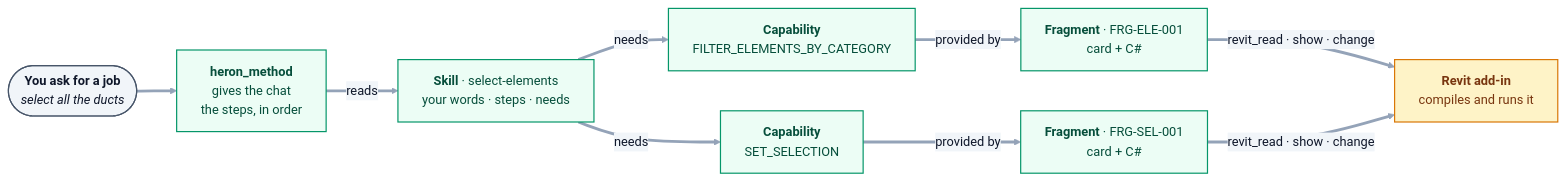
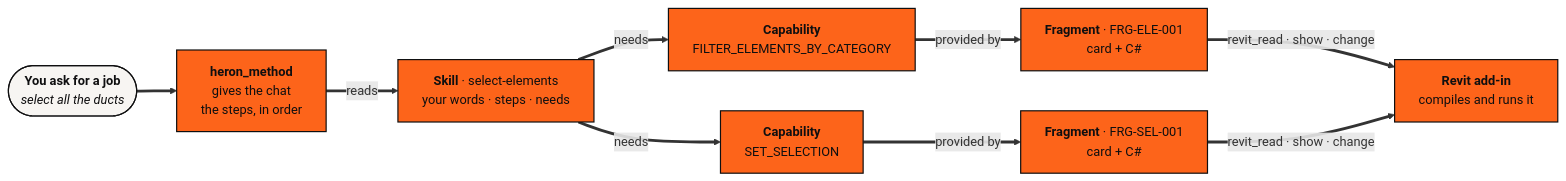
One commit to Ajmalpshaik/Heron-AI changed the first of 2 diagrams in docs/09-skills-and-fragments.md. Above: the diagram before and after it, drawn with Mermaid. The commit also changed other lines of this file and 44 other files, not shown here.

First line of the commit message:
Diagrams in the other docs move to the brand palette (D-149, #1116)

````diff
--- a/docs/09-skills-and-fragments.md
+++ b/docs/09-skills-and-fragments.md
@@ -39,25 +39,24 @@
 ```mermaid
-%%{init: {"themeVariables": {"edgeLabelBackground":"#F1F5F9","lineColor":"#94A3B8","textColor":"#0F172A","tertiaryTextColor":"#0F172A"}}}%%
 flowchart LR
     U(["<b>You ask for a job</b><br/><i>select all the ducts</i>"])
     HM["<b>heron_method</b><br/>gives the chat<br/>the steps, in order"]
     SK["<b>Skill</b> · select-elements<br/>your words · steps · needs"]
     C1["<b>Capability</b><br/>FILTER_ELEMENTS_BY_CATEGORY"]
     C2["<b>Capability</b><br/>SET_SELECTION"]
     F1["<b>Fragment</b> · FRG-ELE-001<br/>card + C#"]
     F2["<b>Fragment</b> · FRG-SEL-001<br/>card + C#"]
     AD["<b>Revit add-in</b><br/>compiles and runs it"]
 
     U ==> HM ==>|reads| SK
     SK ==>|needs| C1 & C2
     C1 ==>|provided by| F1
     C2 ==>|provided by| F2
     F1 & F2 ==>|revit_read · show · change| AD
 
-    classDef user fill:#F1F5F9,stroke:#475569,stroke-width:1.5px,color:#0F172A
-    classDef brain fill:#ECFDF5,stroke:#059669,stroke-width:1.5px,color:#064E3B
-    classDef addin fill:#FEF3C7,stroke:#D97706,stroke-width:1.5px,color:#78350F
+    classDef user fill:#F7F5F2,stroke:#0F0F10,stroke-width:1.5px,color:#0F0F10
+    classDef brain fill:#FD641A,stroke:#0F0F10,stroke-width:1.5px,color:#0F0F10
+    classDef addin fill:#FD641A,stroke:#0F0F10,stroke-width:1.5px,color:#0F0F10
     class U user
     class HM,SK,C1,C2,F1,F2 brain
     class AD addin
 ```
````
